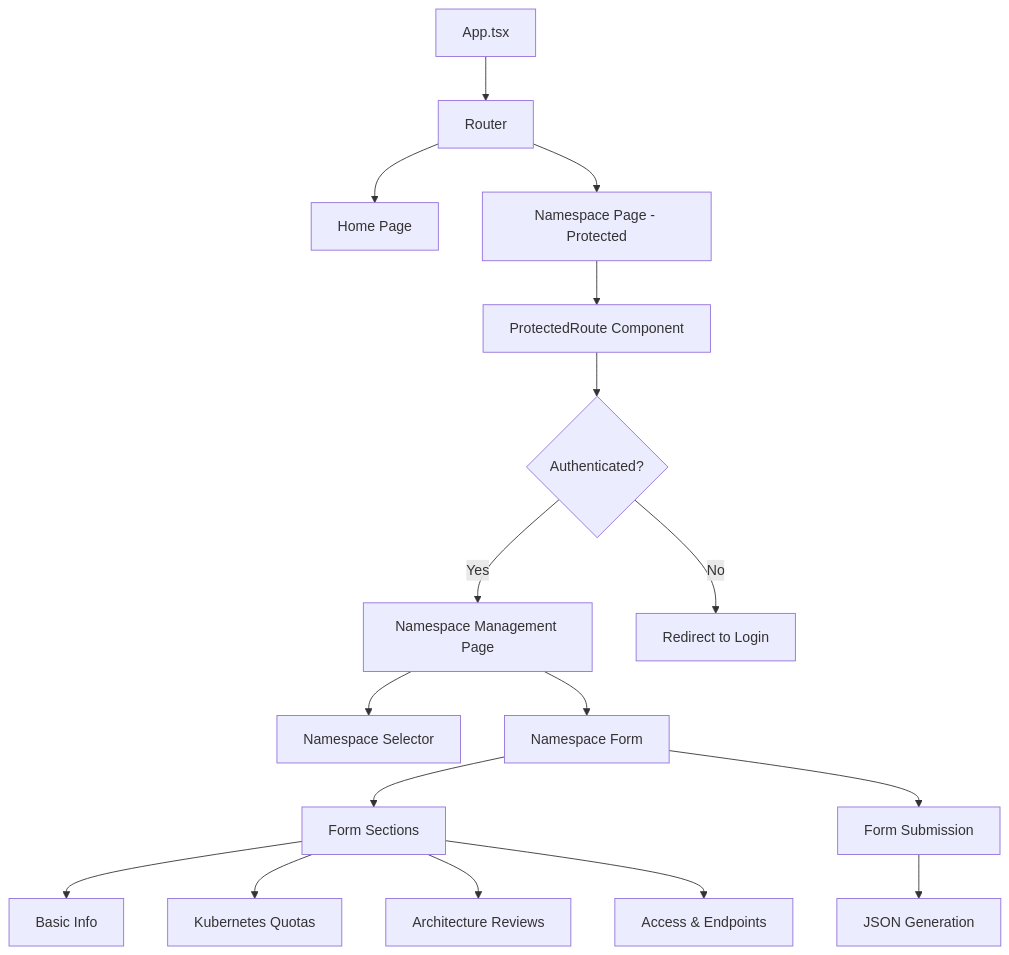
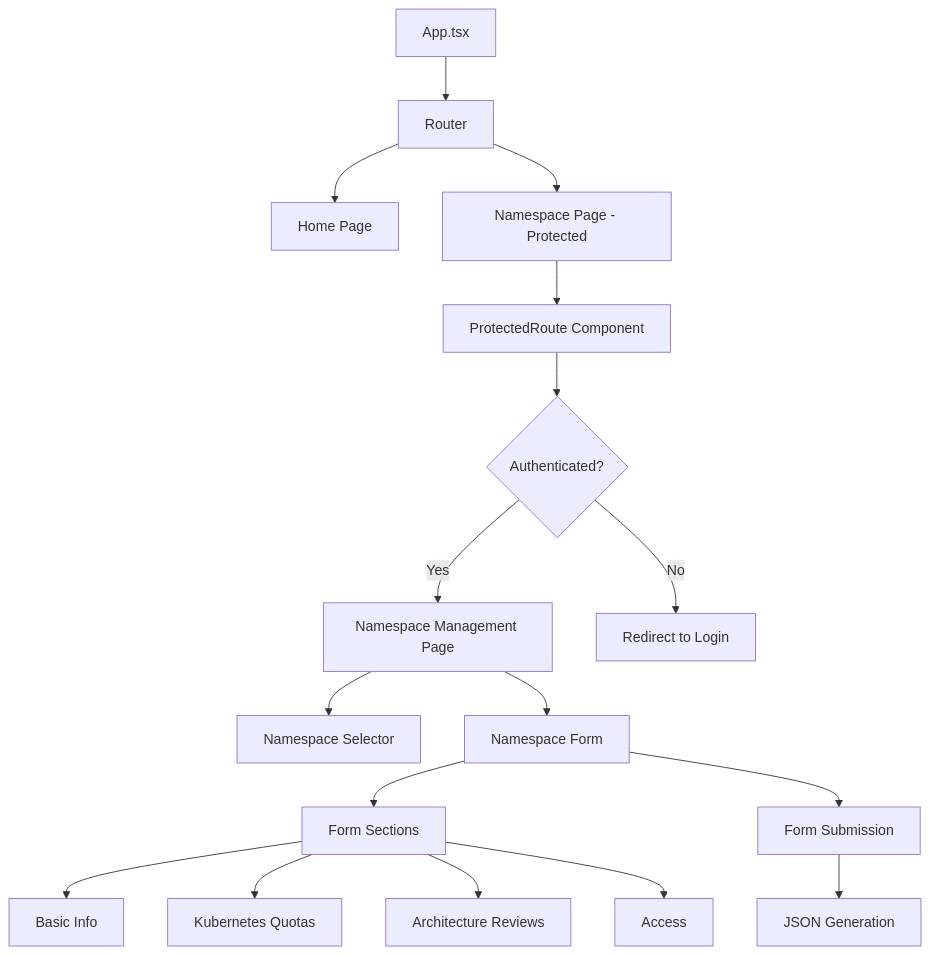
Before and after one commit to imran9m/sample-react-app: the diagram in .kiro/specs/namespace-management/design.md, drawn with Mermaid. The commit also changed 7 other files, not shown here.

Commit message:
feat: add Splunk HEC token and exposed domains with TLS mode, refactoring access endpoints into new ingress/egress and miscellaneous sections.

````diff
--- a/.kiro/specs/namespace-management/design.md
+++ b/.kiro/specs/namespace-management/design.md
@@ -13,19 +13,19 @@
 ```mermaid
 graph TD
     A[App.tsx] --> B[Router]
     B --> C[Home Page]
     B --> D[Namespace Page - Protected]
     D --> E[ProtectedRoute Component]
     E --> F{Authenticated?}
     F -->|Yes| G[Namespace Management Page]
     F -->|No| H[Redirect to Login]
     G --> I[Namespace Selector]
     G --> J[Namespace Form]
     J --> K[Form Sections]
     K --> L[Basic Info]
     K --> M[Kubernetes Quotas]
     K --> N[Architecture Reviews]
-    K --> O[Access & Endpoints]
+    K --> O[Access]
     J --> P[Form Submission]
     P --> Q[JSON Generation]
 ```
````
